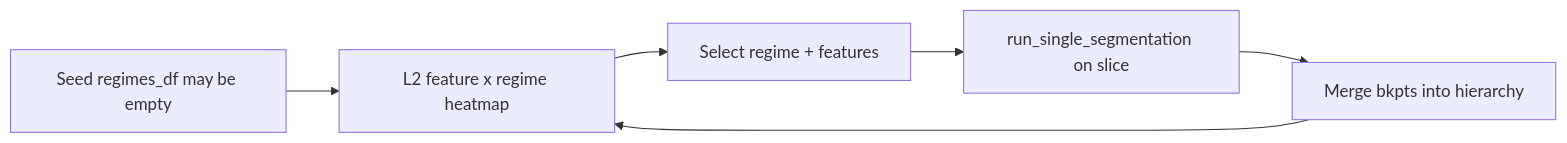
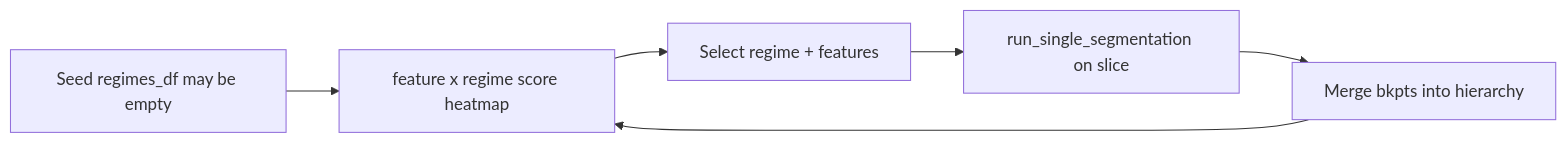
The third of 4 diagrams in README.md (FulgentMcGuffin/gulfstream), drawn with Mermaid before and after one commit. The commit also changed other lines of this file and 14 other files, not shown here.

First line of the commit message:
Enhance Graph 2 retrain capabilities with new scoring methods

````diff
--- a/README.md
+++ b/README.md
@@ -212,8 +216,8 @@
 ```mermaid
 flowchart LR
-  seed["Seed regimes_df may be empty"] --> heat["L2 feature x regime heatmap"]
+  seed["Seed regimes_df may be empty"] --> heat["feature x regime score heatmap"]
   heat --> pick["Select regime + features"]
   pick --> slice["run_single_segmentation on slice"]
   slice --> merge["Merge bkpts into hierarchy"]
   merge --> heat
 ```
````
